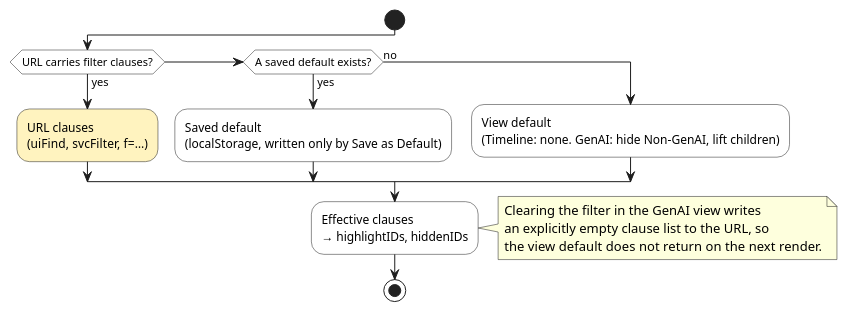
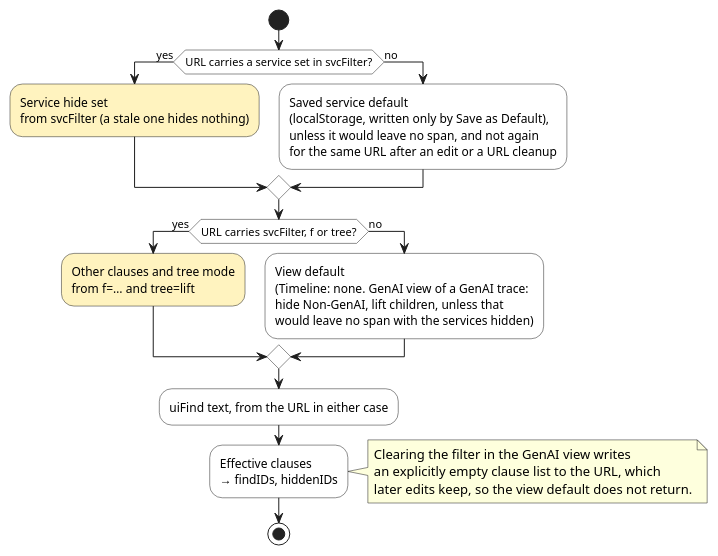
Before and after one commit to jaegertracing/jaeger-ui: the diagram in docs/rfc/0009/precedence.puml, drawn with PlantUML. The commit also changed 6 other files, not shown here.

```diff
--- a/docs/rfc/0009/precedence.puml
+++ b/docs/rfc/0009/precedence.puml
@@ -2,27 +2,36 @@
 @startuml
 skinparam shadowing false
 skinparam defaultFontName Helvetica
 skinparam ActivityBackgroundColor #ffffff
 skinparam ActivityBorderColor #1e1e1e
 skinparam ArrowColor #1e1e1e
 
 start
-if (URL carries filter clauses?) then (yes)
-  #fff3bf:URL clauses
-  (uiFind, svcFilter, f=…);
-elseif (A saved default exists?) then (yes)
-  :Saved default
-  (localStorage, written only by Save as Default);
+if (URL carries a service set in svcFilter?) then (yes)
+  #fff3bf:Service hide set
+  from svcFilter (a stale one hides nothing);
+else (no)
+  :Saved service default
+  (localStorage, written only by Save as Default),
+  unless it would leave no span, and not again
+  for the same URL after an edit or a URL cleanup;
+endif
+if (URL carries svcFilter, f or tree?) then (yes)
+  #fff3bf:Other clauses and tree mode
+  from f=… and tree=lift;
 else (no)
   :View default
-  (Timeline: none. GenAI: hide Non-GenAI, lift children);
+  (Timeline: none. GenAI view of a GenAI trace:
+  hide Non-GenAI, lift children, unless that
+  would leave no span with the services hidden);
 endif
+:uiFind text, from the URL in either case;
 :Effective clauses
-→ highlightIDs, hiddenIDs;
+→ findIDs, hiddenIDs;
 note right
   Clearing the filter in the GenAI view writes
-  an explicitly empty clause list to the URL, so
-  the view default does not return on the next render.
+  an explicitly empty clause list to the URL, which
+  later edits keep, so the view default does not return.
 end note
 stop
 @enduml
```
